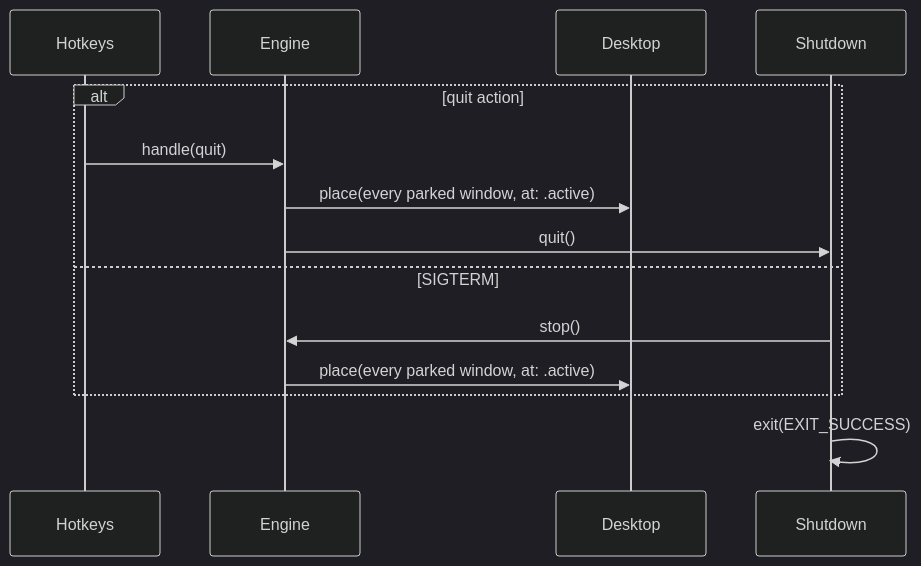
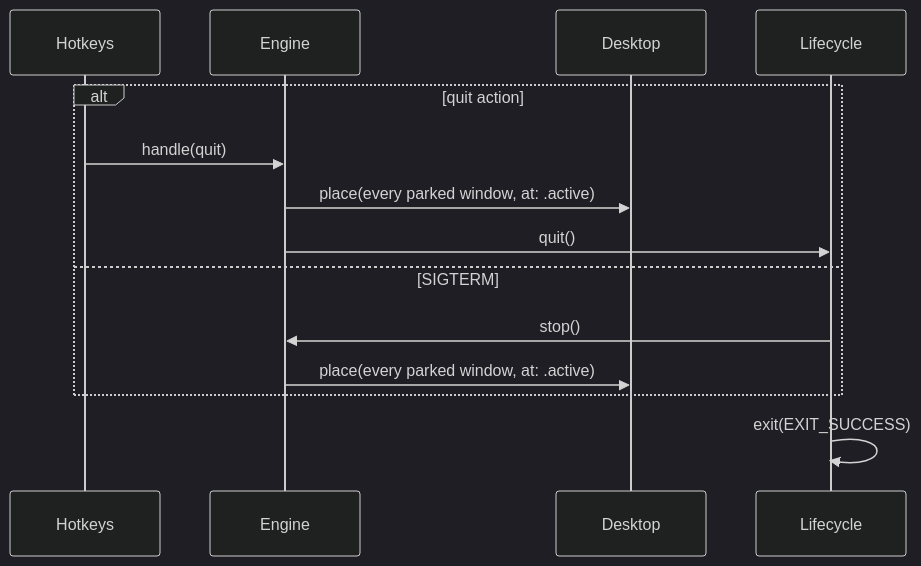
Before and after one commit to brennovich/ottowm: diagram 14 of 17 in ARCHITECTURE.md, drawn with Mermaid (dark theme). The commit also changed other lines of this file and 72 other files, not shown here.

````diff
--- a/ARCHITECTURE.md
+++ b/ARCHITECTURE.md
@@ -289,12 +303,12 @@
 ```mermaid
 sequenceDiagram
     alt quit action
         Hotkeys->>Engine: handle(quit)
         Engine->>Desktop: place(every parked window, at: .active)
-        Engine->>Shutdown: quit()
+        Engine->>Lifecycle: quit()
     else SIGTERM
-        Shutdown->>Engine: stop()
+        Lifecycle->>Engine: stop()
         Engine->>Desktop: place(every parked window, at: .active)
     end
-    Shutdown->>Shutdown: exit(EXIT_SUCCESS)
+    Lifecycle->>Lifecycle: exit(EXIT_SUCCESS)
 ```
````
